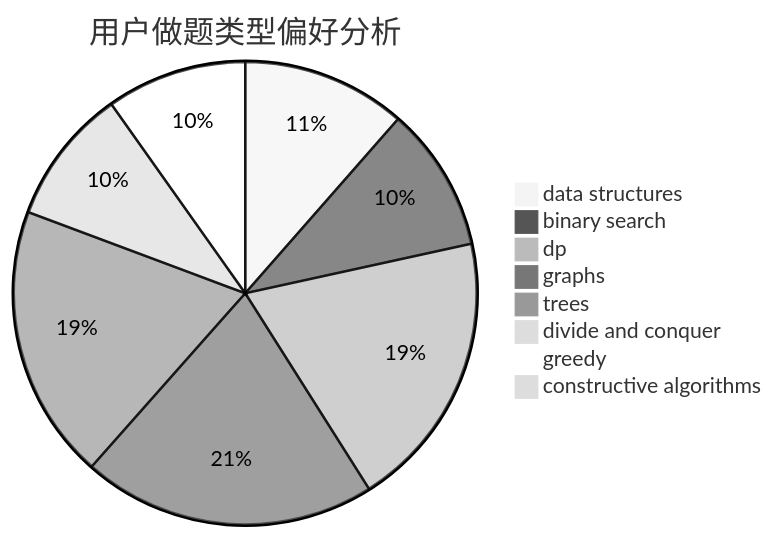
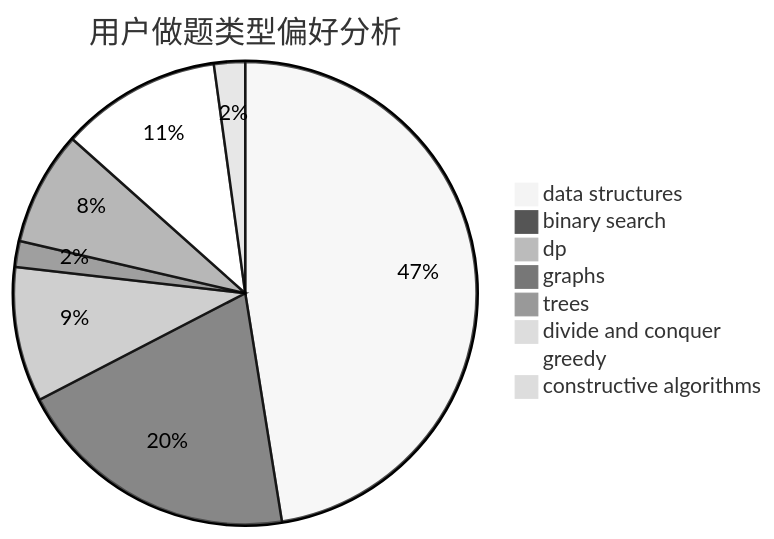
The second of 3 diagrams in docs/user/u388.md (sherpahu/cfrs.github.io), drawn with Mermaid (neutral theme) before and after one commit. The commit also changed other lines of this file and 2770 other files, not shown here.

````diff
--- a/docs/user/u388.md
+++ b/docs/user/u388.md
@@ -23,11 +23,11 @@
 ```mermaid
 pie title 用户做题类型偏好分析
-    "data structures" :  76
-    "binary search" :  67
-    "dp" :  129
-    "graphs" :  136
-    "trees" :  127
-    "divide and conquer" :  63
-    "greedy" :  65
-    "constructive algorithms" :  0
+    "data structures" :  131
+    "binary search" :  55
+    "dp" :  26
+    "graphs" :  5
+    "trees" :  22
+    "divide and conquer" :  0
+    "greedy" :  31
+    "constructive algorithms" :  6
 ```
````
